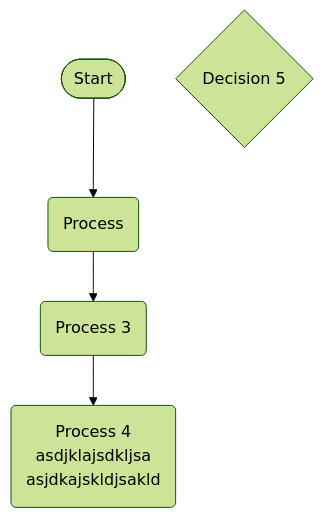
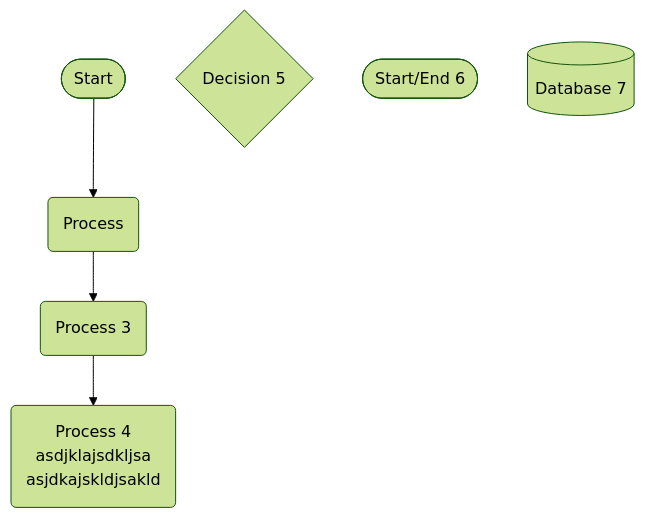
One commit to pingpm/mermaid_vault changed the diagram in mmd/123_00e3f246-5066-4958-84cc-78f12f89cdf9.mmd. Above: the diagram before and after it, drawn with Mermaid (forest theme). The commit also changed 3 other files, not shown here.

Commit message:
Sync Mermaid Studio data (18 diagrams)

```diff
--- a/mmd/123_00e3f246-5066-4958-84cc-78f12f89cdf9.mmd
+++ b/mmd/123_00e3f246-5066-4958-84cc-78f12f89cdf9.mmd
@@ -1,9 +1,11 @@
 flowchart TD
   n_0(["Start"])
   n_1("Process")
   n_2("Process 3")
   n_3("Process 4<br/>asdjklajsdkljsa<br/>asjdkajskldjsakld")
   n_4{"Decision 5"}
+  n_5(["Start/End 6"])
+  n_6[("Database 7")]
   n_0 --> n_1
   n_2 --> n_3
   n_1 --> n_2
```
